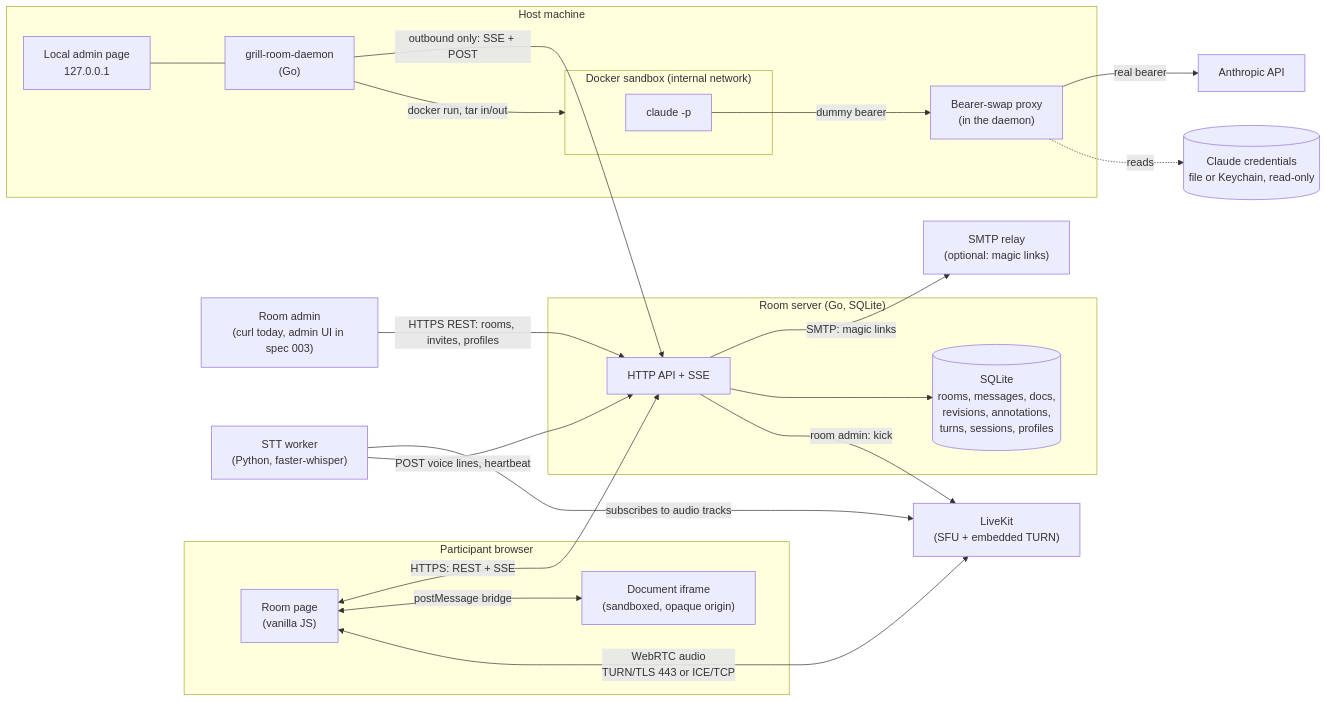
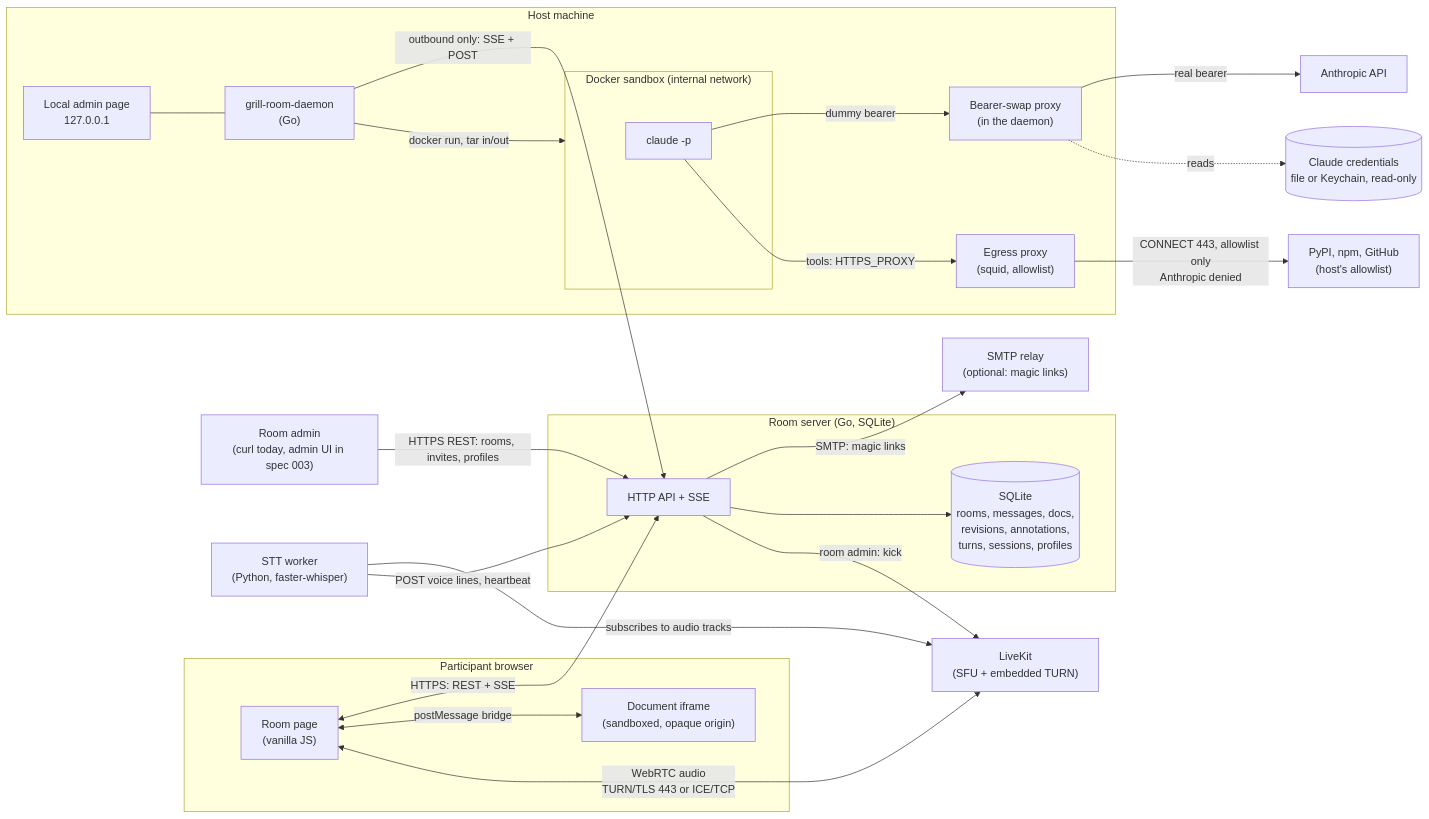
One commit to babs/grill-room changed the diagram in docs/architecture.md. Above: the diagram before and after it, drawn with Mermaid. The commit also changed other lines of this file and 28 other files, not shown here.

First line of the commit message:
feat(sandbox): add the tool image, the squid egress allowlist and limits

````diff
--- a/docs/architecture.md
+++ b/docs/architecture.md
@@ -5,45 +5,48 @@
 ```mermaid
 flowchart LR
   subgraph Browser["Participant browser"]
     UI["Room page<br/>(vanilla JS)"]
     Frame["Document iframe<br/>(sandboxed, opaque origin)"]
   end
 
   subgraph Server["Room server (Go, SQLite)"]
     API["HTTP API + SSE"]
     Store[("SQLite<br/>rooms, messages, docs,<br/>revisions, annotations,<br/>turns, sessions, profiles")]
   end
 
   AdminC["Room admin<br/>(curl today, admin UI in spec 003)"]
   SMTP["SMTP relay<br/>(optional: magic links)"]
   LK["LiveKit<br/>(SFU + embedded TURN)"]
   STT["STT worker<br/>(Python, faster-whisper)"]
 
   subgraph Host["Host machine"]
     Daemon["grill-room-daemon<br/>(Go)"]
     Admin["Local admin page<br/>127.0.0.1"]
     Proxy["Bearer-swap proxy<br/>(in the daemon)"]
     subgraph Sandbox["Docker sandbox (internal network)"]
       Claude["claude -p"]
     end
+    Squid["Egress proxy<br/>(squid, allowlist)"]
   end
 
   Anthropic["Anthropic API"]
   Creds[("Claude credentials<br/>file or Keychain, read-only")]
 
   UI <-->|"HTTPS: REST + SSE"| API
   AdminC -->|"HTTPS REST: rooms, invites, profiles"| API
   API -->|"SMTP: magic links"| SMTP
   UI <-->|"postMessage bridge"| Frame
   UI <-->|"WebRTC audio<br/>TURN/TLS 443 or ICE/TCP"| LK
   STT -->|"subscribes to audio tracks"| LK
   STT -->|"POST voice lines, heartbeat"| API
   API --> Store
   API -->|"room admin: kick"| LK
   Daemon -->|"outbound only: SSE + POST"| API
   Admin --- Daemon
   Daemon -->|"docker run, tar in/out"| Sandbox
   Claude -->|"dummy bearer"| Proxy
   Proxy -->|"real bearer"| Anthropic
+  Claude -->|"tools: HTTPS_PROXY"| Squid
+  Squid -->|"CONNECT 443, allowlist only<br/>Anthropic denied"| Internet["PyPI, npm, GitHub<br/>(host's allowlist)"]
   Proxy -.->|"reads"| Creds
 ```
````
